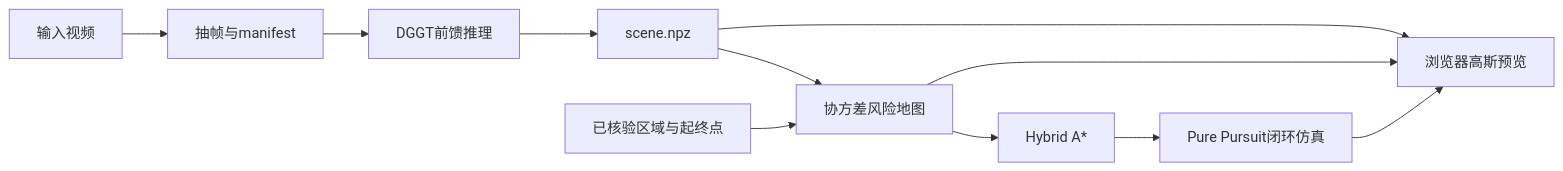
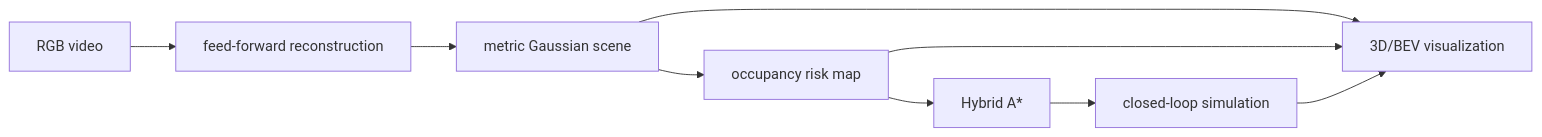
One commit to Quan2630345594/GaussianPark3DGS changed the diagram in docs/03_ARCHITECTURE.md. Above: the diagram before and after it, drawn with Mermaid. The commit also changed other lines of this file and 9 other files, not shown here.

````diff
--- a/docs/03_ARCHITECTURE.md
+++ b/docs/03_ARCHITECTURE.md
@@ -7,13 +11,11 @@
-```mermaid
+~~~mermaid
 flowchart LR
- A[输入视频] --> B[抽帧与manifest]
- B --> C[DGGT前馈推理]
- C --> D[scene.npz]
- D --> E[协方差风险地图]
- F[已核验区域与起终点] --> E
- E --> G[Hybrid A*]
- G --> H[Pure Pursuit闭环仿真]
- D --> I[浏览器高斯预览]
- E --> I
- H --> I
-```
+ A[RGB video] --> B[feed-forward reconstruction]
+ B --> C[metric Gaussian scene]
+ C --> D[occupancy risk map]
+ D --> E[Hybrid A*]
+ E --> F[closed-loop simulation]
+ C --> G[3D/BEV visualization]
+ D --> G
+ F --> G
+~~~
````
